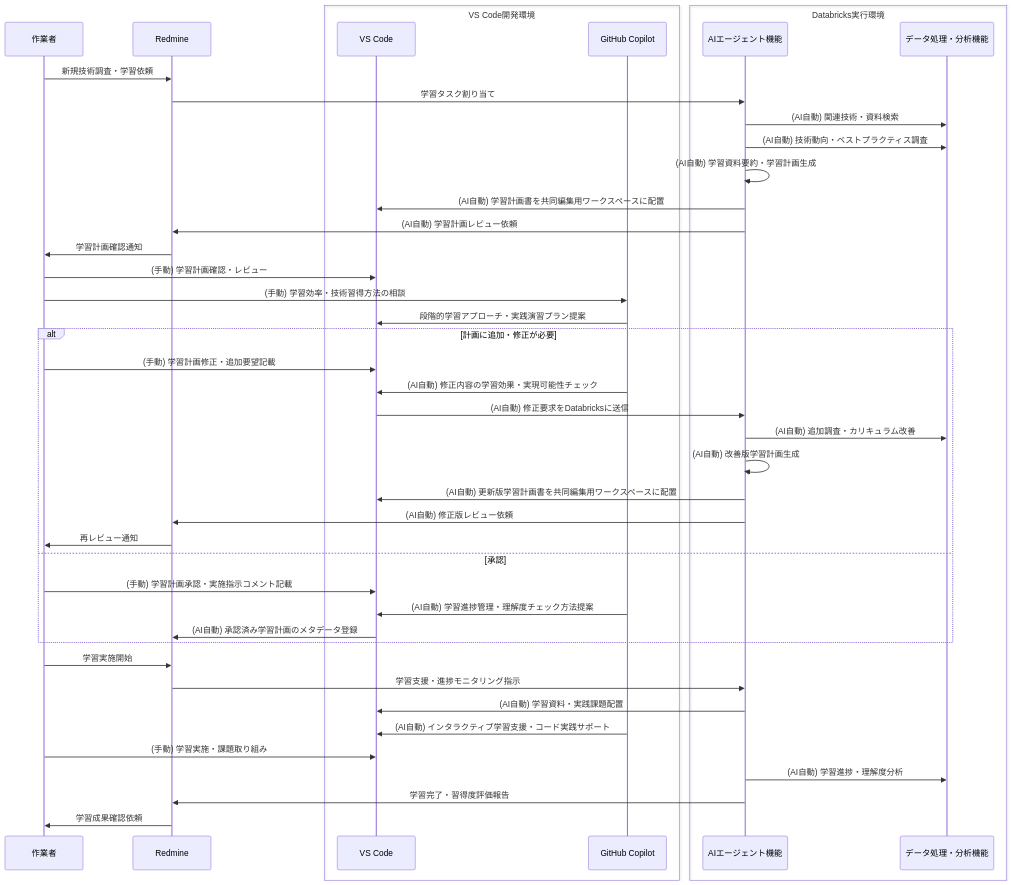
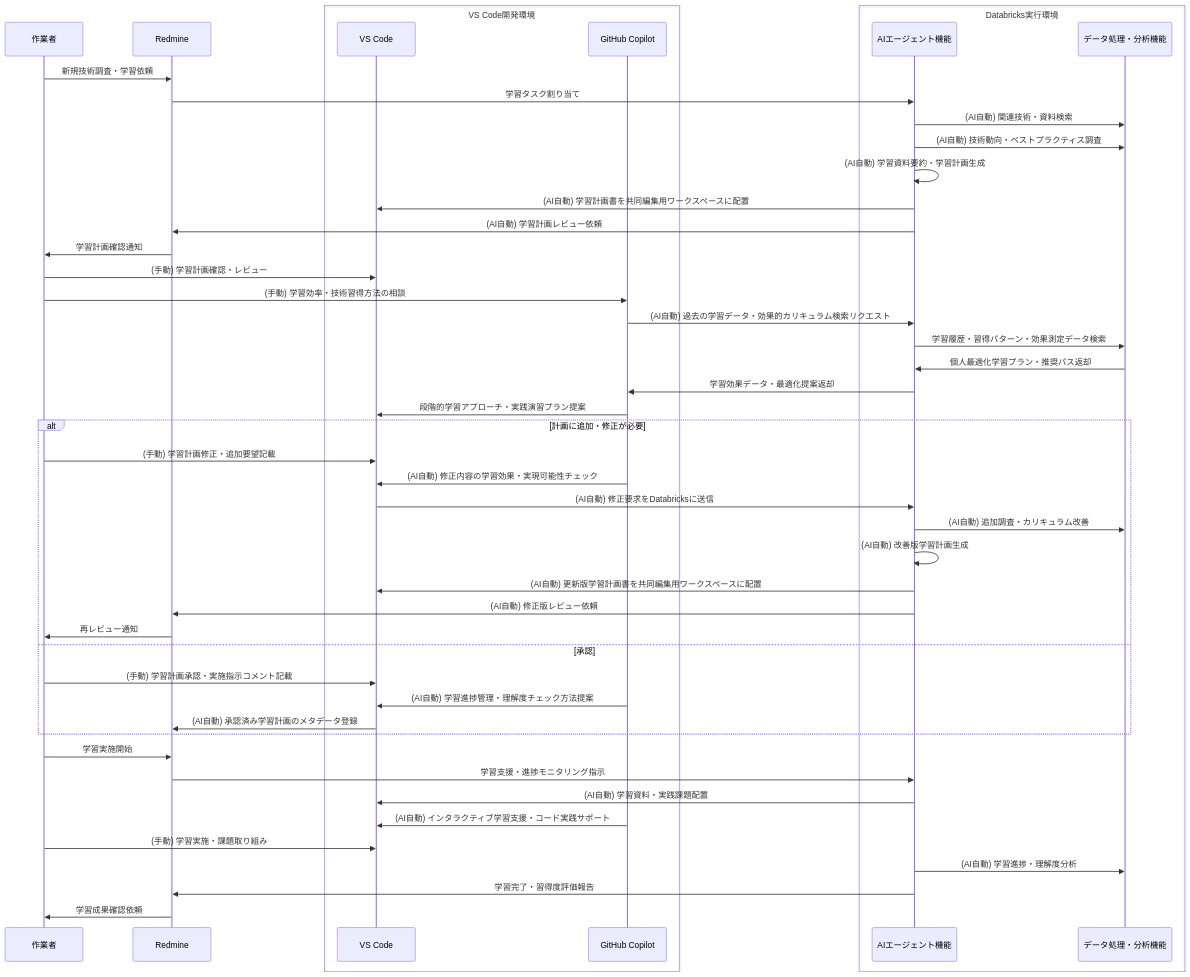
Before and after one commit to daichiTAAA/AgentOpsPlatform: diagram 13 of 34 in docs/02000_要件定義/02100_要件定義書.md, drawn with Mermaid. The commit also changed other lines of this file, not shown here.

````diff
--- a/docs/02000_要件定義/02100_要件定義書.md
+++ b/docs/02000_要件定義/02100_要件定義書.md
@@ -504,49 +524,53 @@
 ```mermaid
 sequenceDiagram
     participant W as 作業者
     participant R as Redmine
     
     box VS Code開発環境
         participant V as VS Code
         participant C as GitHub Copilot
     end
     
     box Databricks実行環境
         participant A as AIエージェント機能
         participant D as データ処理・分析機能
     end
     
     W->>R: 新規技術調査・学習依頼
     R->>A: 学習タスク割り当て
     A->>D: (AI自動) 関連技術・資料検索
     A->>D: (AI自動) 技術動向・ベストプラクティス調査
     A->>A: (AI自動) 学習資料要約・学習計画生成
     A->>V: (AI自動) 学習計画書を共同編集用ワークスペースに配置
     A->>R: (AI自動) 学習計画レビュー依頼
     R->>W: 学習計画確認通知
     W->>V: (手動) 学習計画確認・レビュー
     W->>C: (手動) 学習効率・技術習得方法の相談
+    C->>A: (AI自動) 過去の学習データ・効果的カリキュラム検索リクエスト
+    A->>D: 学習履歴・習得パターン・効果測定データ検索
+    D->>A: 個人最適化学習プラン・推奨パス返却
+    A->>C: 学習効果データ・最適化提案返却
     C->>V: 段階的学習アプローチ・実践演習プラン提案
     alt 計画に追加・修正が必要
         W->>V: (手動) 学習計画修正・追加要望記載
         C->>V: (AI自動) 修正内容の学習効果・実現可能性チェック
         V->>A: (AI自動) 修正要求をDatabricksに送信
         A->>D: (AI自動) 追加調査・カリキュラム改善
         A->>A: (AI自動) 改善版学習計画生成
         A->>V: (AI自動) 更新版学習計画書を共同編集用ワークスペースに配置
         A->>R: (AI自動) 修正版レビュー依頼
         R->>W: 再レビュー通知
     else 承認
         W->>V: (手動) 学習計画承認・実施指示コメント記載
         C->>V: (AI自動) 学習進捗管理・理解度チェック方法提案
         V->>R: (AI自動) 承認済み学習計画のメタデータ登録
     end
     W->>R: 学習実施開始
     R->>A: 学習支援・進捗モニタリング指示
     A->>V: (AI自動) 学習資料・実践課題配置
     C->>V: (AI自動) インタラクティブ学習支援・コード実践サポート
     W->>V: (手動) 学習実施・課題取り組み
     A->>D: (AI自動) 学習進捗・理解度分析
     A->>R: 学習完了・習得度評価報告
     R->>W: 学習成果確認依頼
 ```
````
